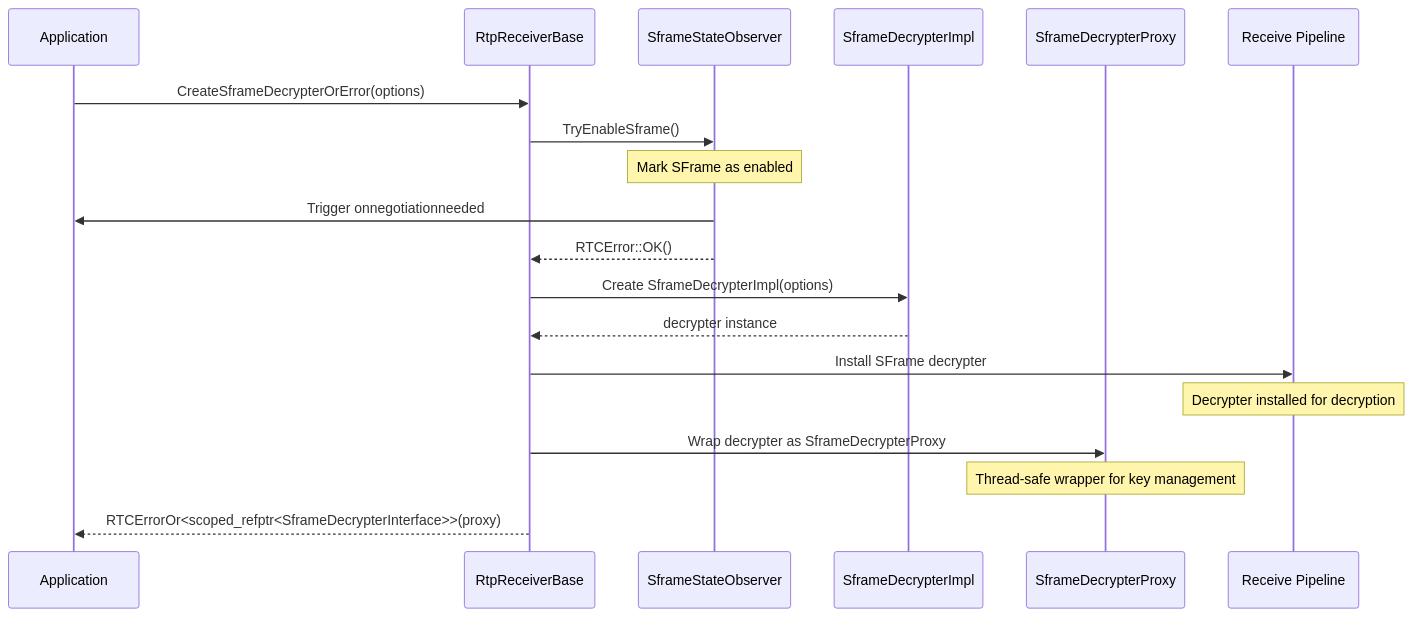
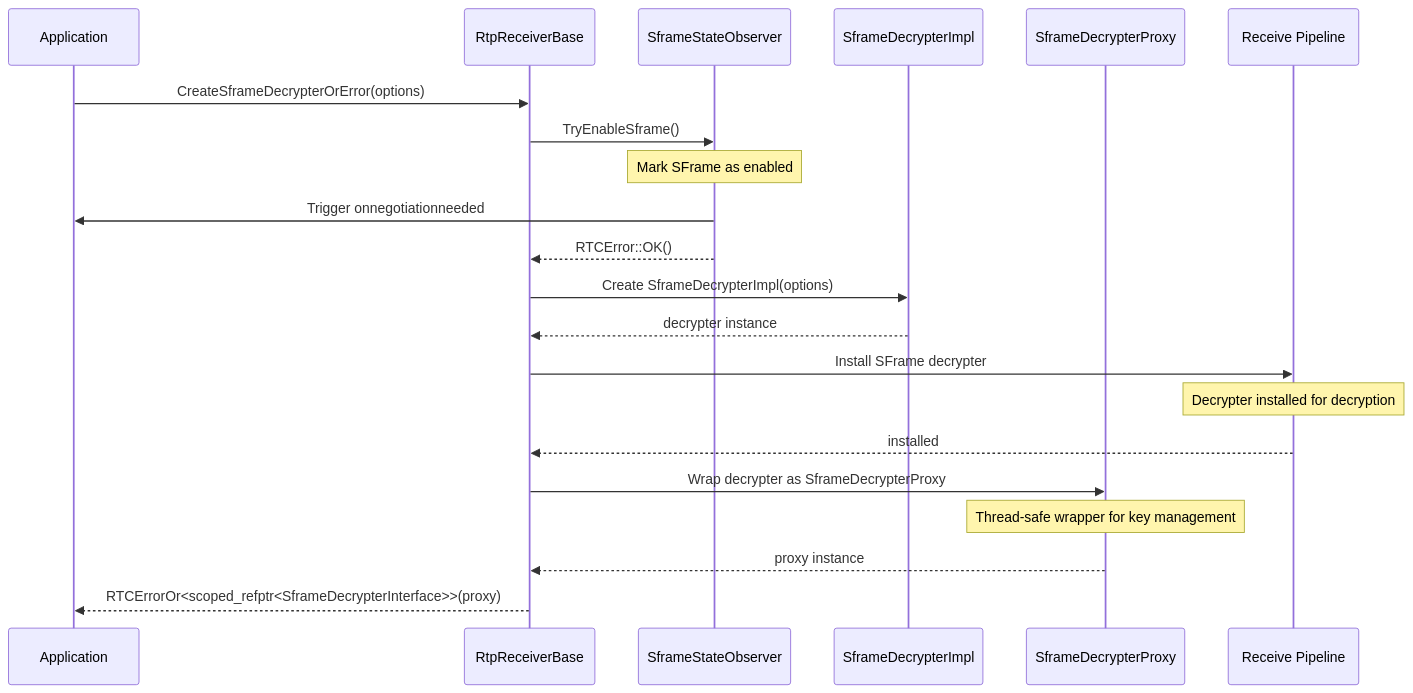
One commit to webex/webrtc-sframe changed the ninth of 13 diagrams in README.md. Above: the diagram before and after it, drawn with Mermaid. The commit also changed other lines of this file and 1 other file, not shown here.

Commit message:
updated return arrows

````diff
--- a/README.md
+++ b/README.md
@@ -302,27 +304,29 @@
 ```mermaid
 sequenceDiagram
     participant App as Application
     participant Receiver as RtpReceiverBase
     participant Observer as SframeStateObserver
     participant Decrypter as SframeDecrypterImpl
     participant Proxy as SframeDecrypterProxy
     participant Pipeline as Receive Pipeline
 
     App->>Receiver: CreateSframeDecrypterOrError(options)
 
     Receiver->>Observer: TryEnableSframe()
     Note over Observer: Mark SFrame as enabled
     Observer->>App: Trigger onnegotiationneeded
     Observer-->>Receiver: RTCError::OK()
 
     Receiver->>Decrypter: Create SframeDecrypterImpl(options)
     Decrypter-->>Receiver: decrypter instance
 
     Receiver->>Pipeline: Install SFrame decrypter
     Note over Pipeline: Decrypter installed for decryption
+    Pipeline-->>Receiver: installed
 
     Receiver->>Proxy: Wrap decrypter as SframeDecrypterProxy
     Note over Proxy: Thread-safe wrapper for key management
+    Proxy-->>Receiver: proxy instance
 
     Receiver-->>App: RTCErrorOr<scoped_refptr<SframeDecrypterInterface>>(proxy)
 ```
````
